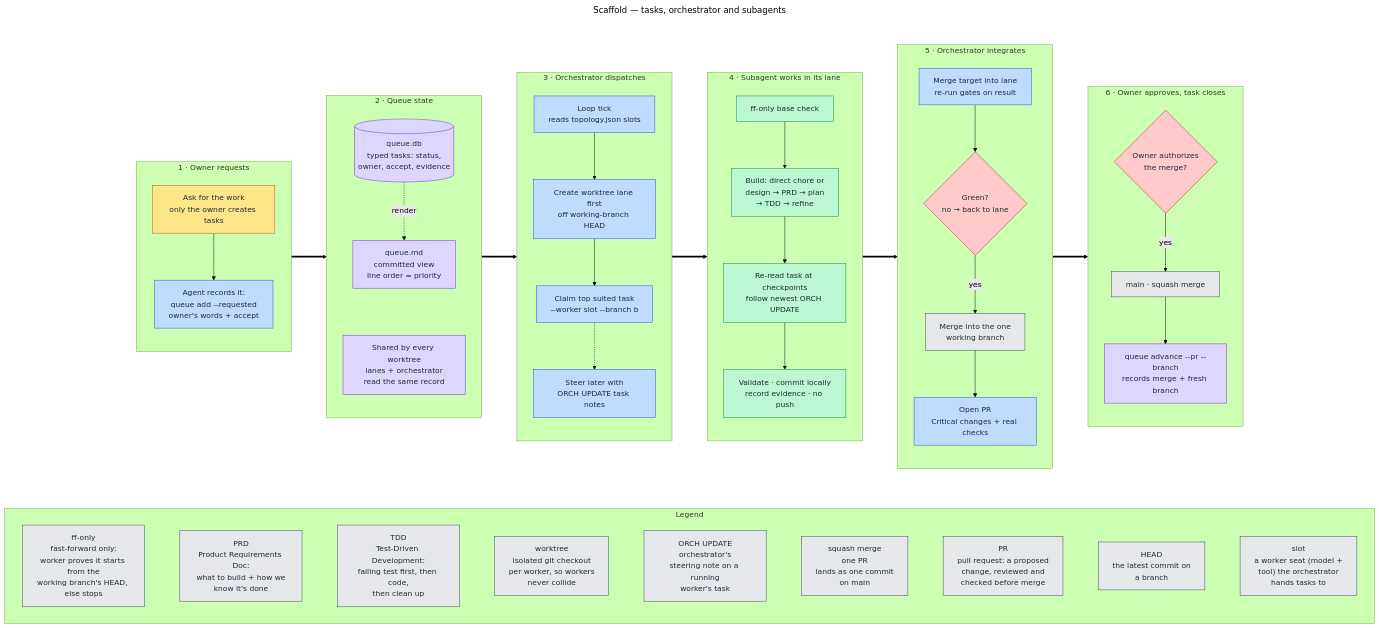
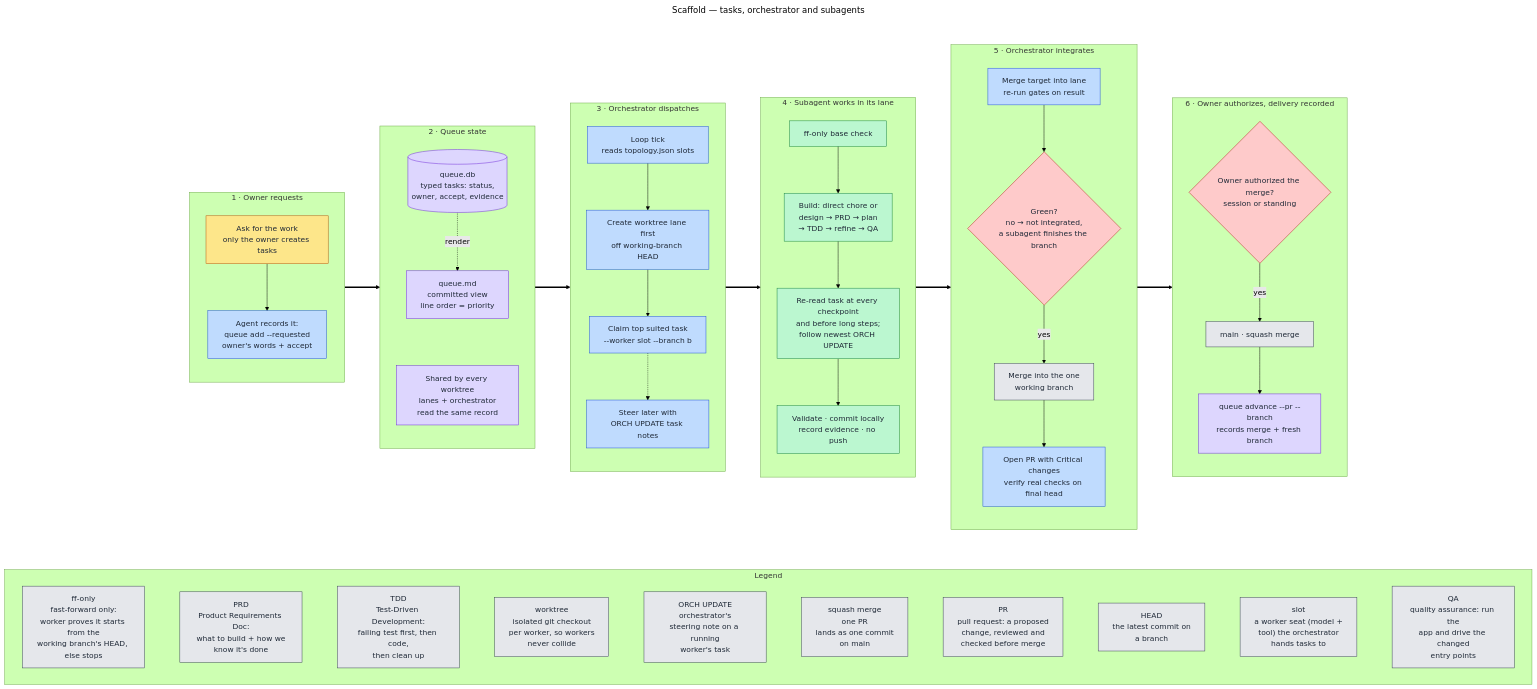
The diagram in docs/diagrams/src/orchestration.mmd (victusfate/scaffold), drawn with Mermaid (forest theme) before and after one commit. The commit also changed 5 other files, not shown here.

Commit message:
docs(diagrams): correct orchestration, pr-workflow, queue-lifecycle against their sources

```diff
--- a/docs/diagrams/src/orchestration.mmd
+++ b/docs/diagrams/src/orchestration.mmd
@@ -1,88 +1,89 @@
 ---
 title: Scaffold — tasks, orchestrator and subagents
 ---
 flowchart TB
   classDef owner fill:#fde68a,stroke:#b45309,color:#1f2937
   classDef orch fill:#bfdbfe,stroke:#1d4ed8,color:#1f2937
   classDef state fill:#ddd6fe,stroke:#6d28d9,color:#1f2937
   classDef lane fill:#bbf7d0,stroke:#15803d,color:#1f2937
   classDef git fill:#e5e7eb,stroke:#374151,color:#1f2937
   classDef gate fill:#fecaca,stroke:#b91c1c,color:#1f2937
 
   %% Edges run between stage subgraphs (not inner nodes) so each stage keeps
   %% its own top-to-bottom direction and the whole image stays landscape.
 
   subgraph FLOW[" "]
   direction LR
 
   subgraph OWNER["1 · Owner requests"]
     direction TB
     O1["Ask for the work<br/>only the owner creates tasks"]:::owner
     O0["Agent records it:<br/>queue add --requested<br/>owner's words + accept"]:::orch
     O1 --> O0
   end
 
   subgraph QUEUE["2 · Queue state"]
     direction TB
     Q1[("queue.db<br/>typed tasks: status,<br/>owner, accept, evidence")]:::state
     Q2["queue.md<br/>committed view<br/>line order = priority"]:::state
     Q3["Shared by every worktree<br/>lanes + orchestrator<br/>read the same record"]:::state
     Q1 -.render.-> Q2
     Q2 ~~~ Q3
   end
 
   subgraph DISPATCH["3 · Orchestrator dispatches"]
     direction TB
     T["Loop tick<br/>reads topology.json slots"]:::orch
     C["Claim top suited task<br/>--worker slot --branch b"]:::orch
     W["Create worktree lane first<br/>off working-branch HEAD"]:::orch
     U["Steer later with<br/>ORCH UPDATE task notes"]:::orch
     T --> W --> C
     C -.-> U
   end
 
   subgraph LANE["4 · Subagent works in its lane"]
     direction TB
     S1["ff-only base check"]:::lane
-    S2["Build: direct chore or<br/>design → PRD → plan<br/>→ TDD → refine"]:::lane
-    S3["Re-read task at checkpoints<br/>follow newest ORCH UPDATE"]:::lane
+    S2["Build: direct chore or<br/>design → PRD → plan<br/>→ TDD → refine → QA"]:::lane
+    S3["Re-read task at every checkpoint<br/>and before long steps;<br/>follow newest ORCH UPDATE"]:::lane
     S4["Validate · commit locally<br/>record evidence · no push"]:::lane
     S1 --> S2 --> S3 --> S4
   end
 
   subgraph INTEGRATE["5 · Orchestrator integrates"]
     direction TB
     I["Merge target into lane<br/>re-run gates on result"]:::orch
-    G{"Green?<br/>no → back to lane"}:::gate
+    G{"Green?<br/>no → not integrated,<br/>a subagent finishes the branch"}:::gate
     B["Merge into the one<br/>working branch"]:::git
-    PR["Open PR<br/>Critical changes + real checks"]:::orch
+    PR["Open PR with Critical changes<br/>verify real checks on final head"]:::orch
     I --> G -->|yes| B --> PR
   end
 
-  subgraph SHIP["6 · Owner approves, task closes"]
+  subgraph SHIP["6 · Owner authorizes, delivery recorded"]
     direction TB
-    O2{"Owner authorizes<br/>the merge?"}:::gate
+    O2{"Owner authorized the merge?<br/>session or standing"}:::gate
     M["main · squash merge"]:::git
     A["queue advance --pr --branch<br/>records merge + fresh branch"]:::state
     O2 -->|yes| M --> A
   end
 
   OWNER ==> QUEUE ==> DISPATCH ==> LANE ==> INTEGRATE ==> SHIP
   end
   style FLOW fill:none,stroke:none
 
   subgraph LEGEND["Legend"]
     direction LR
     L1["ff-only<br/>fast-forward only:<br/>worker proves it starts from the<br/>working branch's HEAD, else stops"]:::git
     L2["PRD<br/>Product Requirements Doc:<br/>what to build + how we<br/>know it's done"]:::git
     L3["TDD<br/>Test-Driven Development:<br/>failing test first, then code,<br/>then clean up"]:::git
     L4["worktree<br/>isolated git checkout<br/>per worker, so workers<br/>never collide"]:::git
     L5["ORCH UPDATE<br/>orchestrator's<br/>steering note on a running<br/>worker's task"]:::git
     L6["squash merge<br/>one PR<br/>lands as one commit<br/>on main"]:::git
     L7["PR<br/>pull request: a proposed<br/>change, reviewed and<br/>checked before merge"]:::git
     L8["HEAD<br/>the latest commit on<br/>a branch"]:::git
     L9["slot<br/>a worker seat (model +<br/>tool) the orchestrator<br/>hands tasks to"]:::git
-    L1 ~~~ L2 ~~~ L3 ~~~ L4 ~~~ L5 ~~~ L6 ~~~ L7 ~~~ L8 ~~~ L9
+    L10["QA<br/>quality assurance: run the<br/>app and drive the changed<br/>entry points"]:::git
+    L1 ~~~ L2 ~~~ L3 ~~~ L4 ~~~ L5 ~~~ L6 ~~~ L7 ~~~ L8 ~~~ L9 ~~~ L10
   end
 
   FLOW ~~~ LEGEND
```
